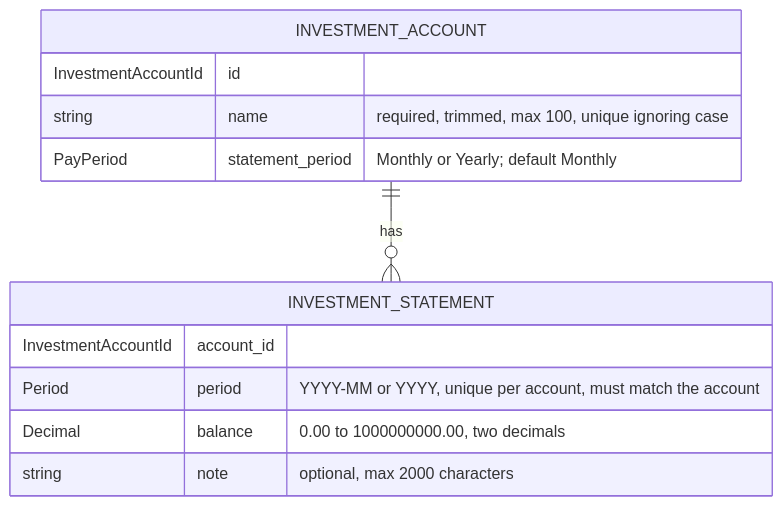
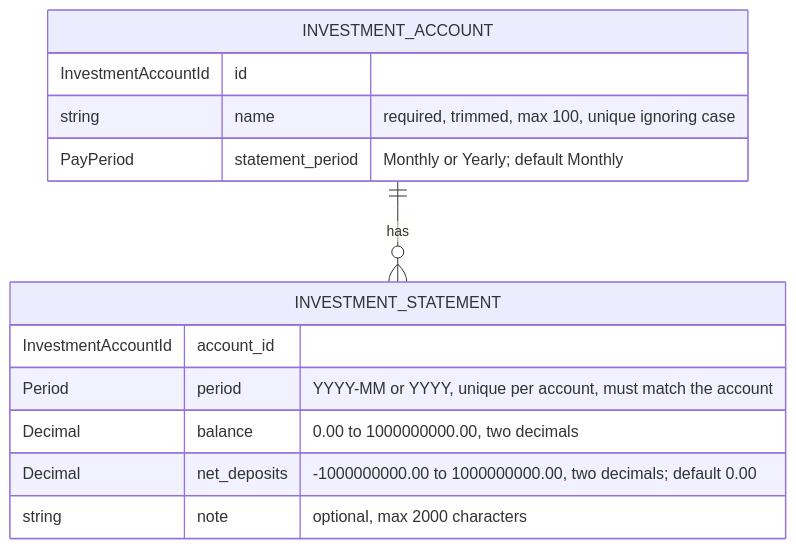
Before and after one commit to BardoelT/personal-finance: the second of 2 diagrams in docs/csd/CSD-005-investments.md, drawn with Mermaid. The commit also changed other lines of this file, not shown here.

First line of the commit message:
docs: amend CSD-005 with net deposits and capital growth (v0.5)

````diff
--- a/docs/csd/CSD-005-investments.md
+++ b/docs/csd/CSD-005-investments.md
@@ -610,15 +878,16 @@
 ```mermaid
 erDiagram
     INVESTMENT_ACCOUNT ||--o{ INVESTMENT_STATEMENT : has
     INVESTMENT_ACCOUNT {
         InvestmentAccountId id
         string name "required, trimmed, max 100, unique ignoring case"
         PayPeriod statement_period "Monthly or Yearly; default Monthly"
     }
     INVESTMENT_STATEMENT {
         InvestmentAccountId account_id
         Period period "YYYY-MM or YYYY, unique per account, must match the account"
         Decimal balance "0.00 to 1000000000.00, two decimals"
+        Decimal net_deposits "-1000000000.00 to 1000000000.00, two decimals; default 0.00"
         string note "optional, max 2000 characters"
     }
 ```
````
